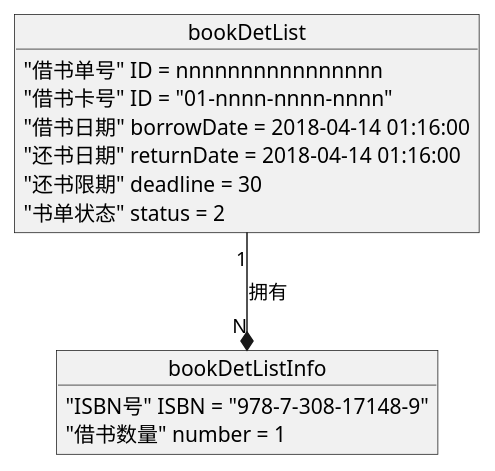
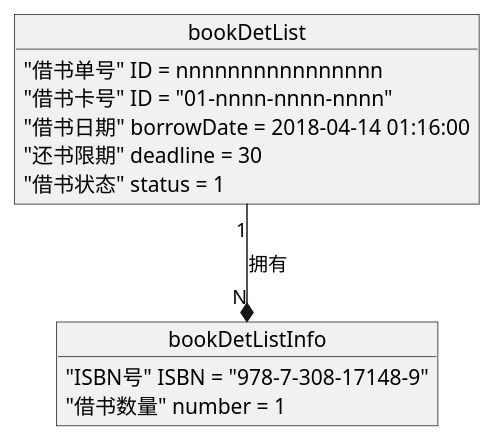
The fifth of 8 diagrams in test3/objectView.pu (201610414130/is_analysis-4), drawn with PlantUML before and after one commit. The commit also changed other lines of this file and 9 other files, not shown here.

```diff
--- a/test3/objectView.pu
+++ b/test3/objectView.pu
@@ -55,15 +55,14 @@
 @startuml bookDetList
 object bookDetList{
     "借书单号" ID = nnnnnnnnnnnnnnnn
     "借书卡号" ID = "01-nnnn-nnnn-nnnn"
     "借书日期" borrowDate = 2018-04-14 01:16:00
-    "还书日期" returnDate = 2018-04-14 01:16:00
     "还书限期" deadline = 30
-    "书单状态" status = 2
+    "借书状态" status = 1
 }
 object bookDetListInfo{
     "ISBN号" ISBN = "978-7-308-17148-9"
     "借书数量" number = 1
 }
 bookDetList "1" --* "N" bookDetListInfo:拥有
 @enduml
```
